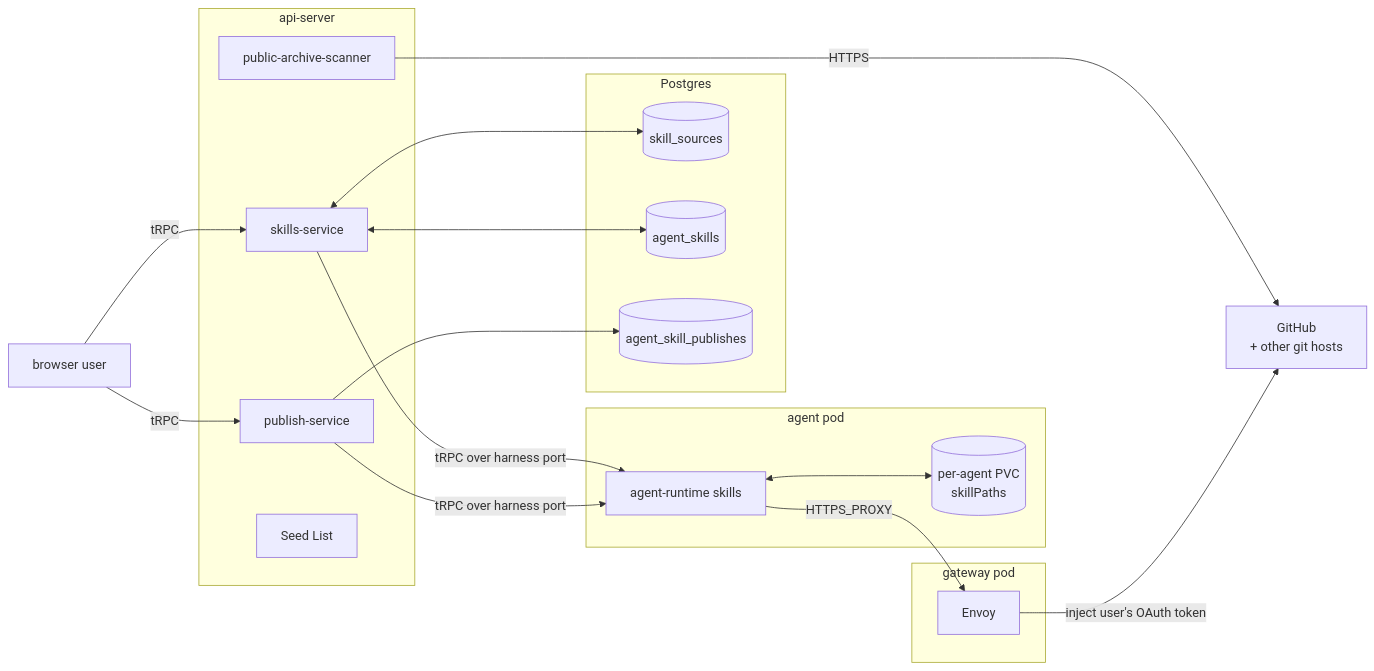
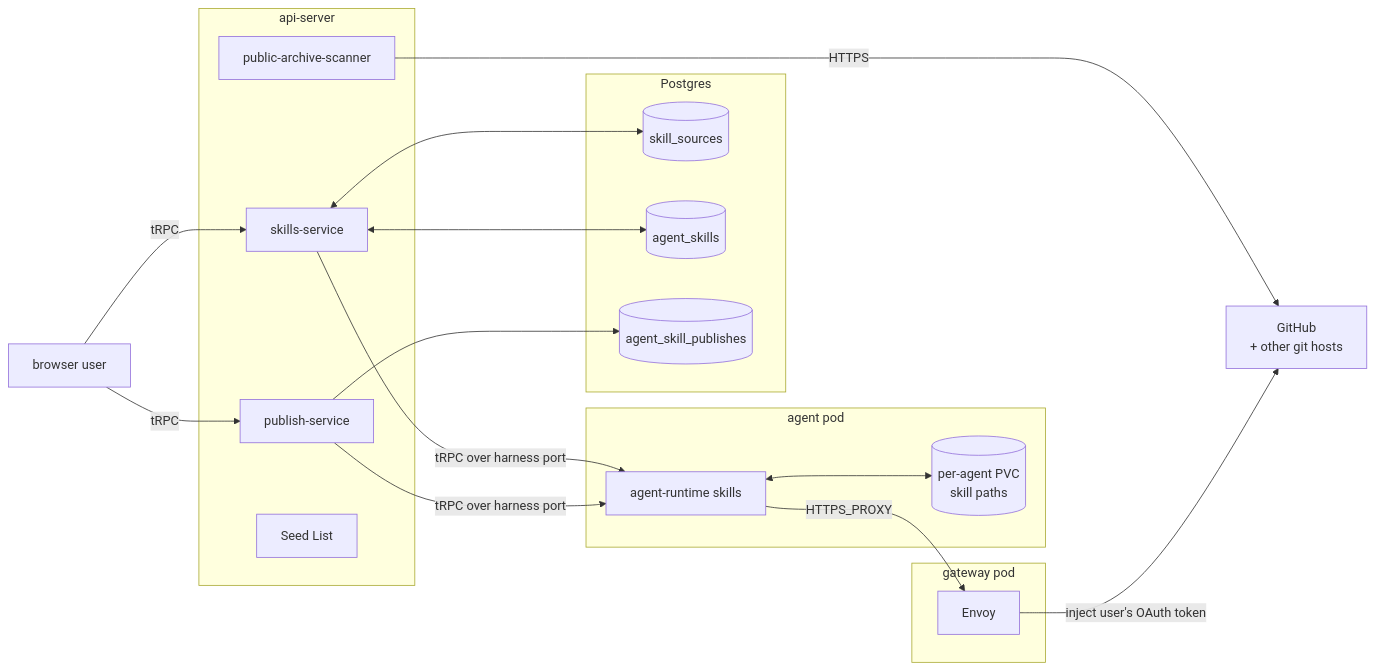
The first of 3 diagrams in docs/architecture/skills.md (subbyte/dam), drawn with Mermaid before and after one commit. The commit also changed other lines of this file and 26 other files, not shown here.

First line of the commit message:
refactor(skills): make the runtime manifest own skill install paths (#681)

````diff
--- a/docs/architecture/skills.md
+++ b/docs/architecture/skills.md
@@ -28,42 +29,42 @@
 ```mermaid
 flowchart LR
   user[browser user]
   github[GitHub<br/>+ other git hosts]
 
   subgraph api-server[api-server]
     skills-svc[skills-service]
     pub-svc[publish-service]
     scanner[public-archive-scanner]
     seeds[Seed List]
   end
 
   subgraph postgres[Postgres]
     src[(skill_sources)]
     inst[(agent_skills)]
     pubs[(agent_skill_publishes)]
   end
 
   subgraph pod[agent pod]
     rt-skills[agent-runtime skills]
-    pvc[(per-agent PVC<br/>skillPaths)]
+    pvc[(per-agent PVC<br/>skill paths)]
   end
 
   subgraph gateway[gateway pod]
     envoy[Envoy]
   end
 
   user -->|tRPC| skills-svc
   user -->|tRPC| pub-svc
 
   skills-svc <--> src
   skills-svc <--> inst
   pub-svc --> pubs
 
   scanner -->|HTTPS| github
   skills-svc -->|tRPC over harness port| rt-skills
   pub-svc -->|tRPC over harness port| rt-skills
 
   rt-skills -->|HTTPS_PROXY| envoy
   envoy -->|inject user's OAuth token| github
   rt-skills <--> pvc
 ```
````
